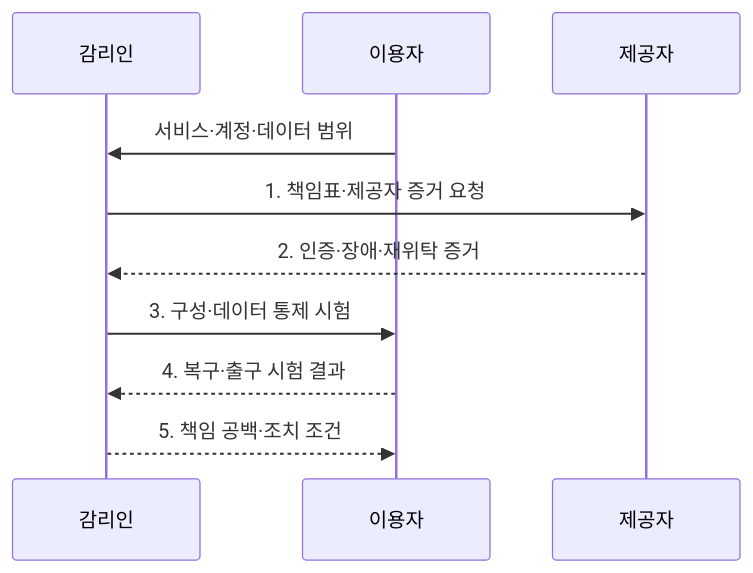
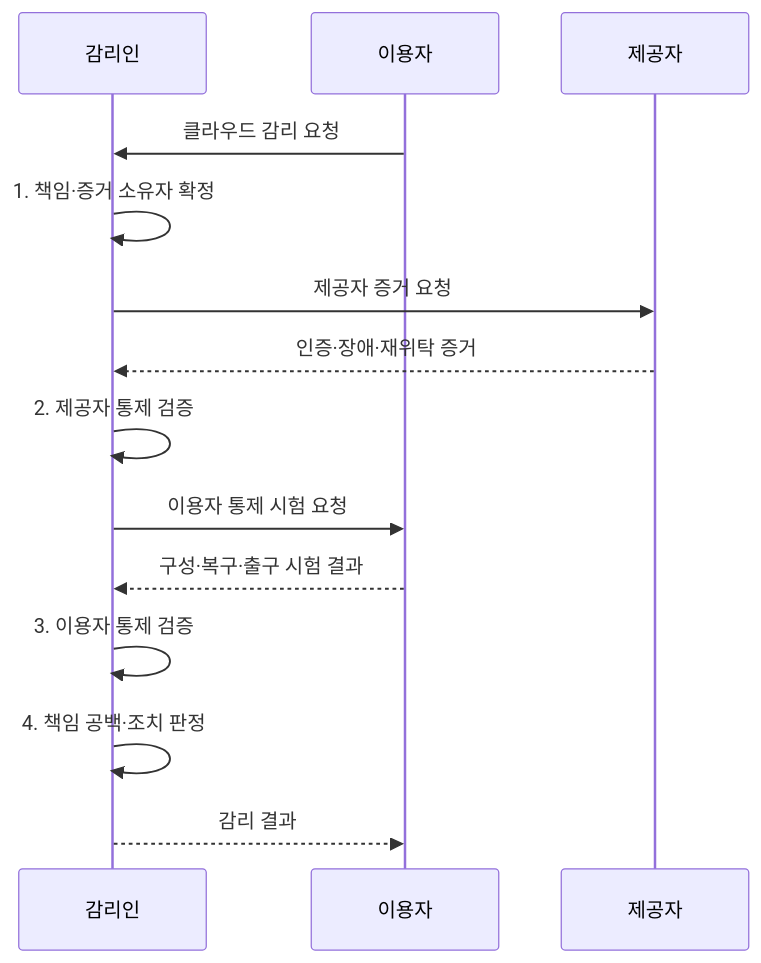
The second of 2 diagrams in src/content/docs/notes/06-evaluation/047_cloud_service_audit.md (agnusdei1207/knowledge-base), drawn with Mermaid before and after one commit. The commit also changed other lines of this file and 11 other files, not shown here.

````diff
--- a/src/content/docs/notes/06-evaluation/047_cloud_service_audit.md
+++ b/src/content/docs/notes/06-evaluation/047_cloud_service_audit.md
@@ -88,12 +88,16 @@
 ```mermaid
 sequenceDiagram
     participant A as 감리인
     participant C as 이용자
     participant P as 제공자
-    C->>A: 서비스·계정·데이터 범위
-    A->>P: 1. 책임표·제공자 증거 요청
-    P-->>A: 2. 인증·장애·재위탁 증거
-    A->>C: 3. 구성·데이터 통제 시험
-    C-->>A: 4. 복구·출구 시험 결과
-    A-->>C: 5. 책임 공백·조치 조건
+    C->>A: 클라우드 감리 요청
+    A->>A: 1. 책임·증거 소유자 확정
+    A->>P: 제공자 증거 요청
+    P-->>A: 인증·장애·재위탁 증거
+    A->>A: 2. 제공자 통제 검증
+    A->>C: 이용자 통제 시험 요청
+    C-->>A: 구성·복구·출구 시험 결과
+    A->>A: 3. 이용자 통제 검증
+    A->>A: 4. 책임 공백·조치 판정
+    A-->>C: 감리 결과
 ```
````
